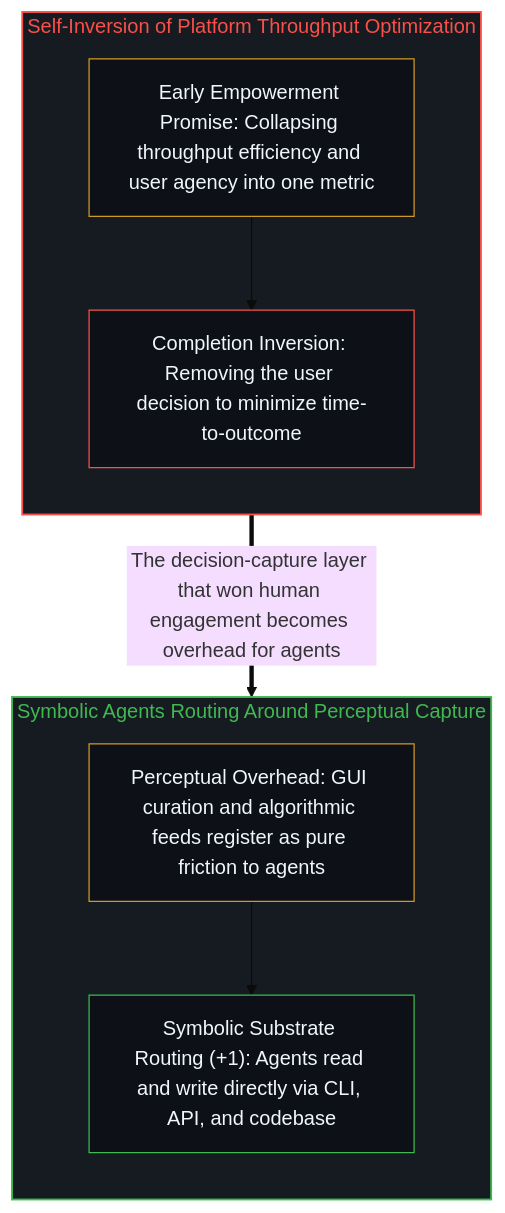
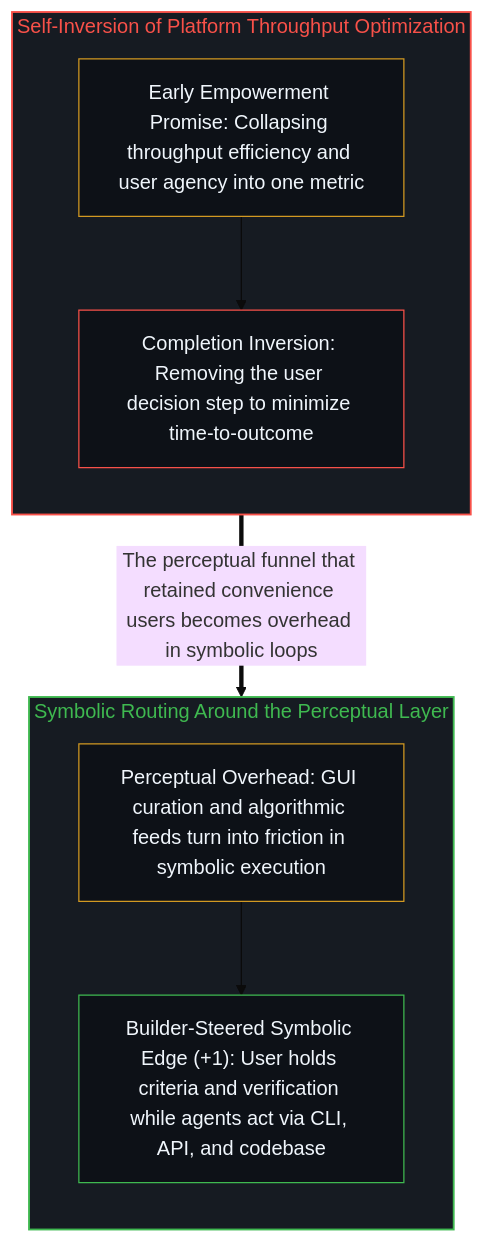
Before and after one commit to powerpig99/not-a-toe: the second of 2 diagrams in content/posts/platform-decision-capture.md, drawn with Mermaid (base theme). The commit also changed other lines of this file and 7 other files, not shown here.

````diff
--- a/content/posts/platform-decision-capture.md
+++ b/content/posts/platform-decision-capture.md
@@ -42,22 +42,22 @@
 ```mermaid
 flowchart TD
     subgraph S_Capture["Self-Inversion of Platform Throughput Optimization"]
         direction TB
         Promise["Early Empowerment Promise: Collapsing throughput efficiency and user agency into one metric"]
-        Replace["Completion Inversion: Removing the user decision to minimize time-to-outcome"]
+        Replace["Completion Inversion: Removing the user decision step to minimize time-to-outcome"]
         Promise --> Replace
     end
-    subgraph S_Bypass["Symbolic Agents Routing Around Perceptual Capture"]
+    subgraph S_Bypass["Symbolic Routing Around the Perceptual Layer"]
         direction TB
-        Friction["Perceptual Overhead: GUI curation and algorithmic feeds register as pure friction to agents"]
-        Direct["Symbolic Substrate Routing (+1): Agents read and write directly via CLI, API, and codebase"]
+        Friction["Perceptual Overhead: GUI curation and algorithmic feeds turn into friction in symbolic execution"]
+        Direct["Builder-Steered Symbolic Edge (+1): User holds criteria and verification while agents act via CLI, API, and codebase"]
         Friction --> Direct
     end
-    Replace ==>|"The decision-capture layer that won human engagement becomes overhead for agents"| Friction
+    Replace ==>|"The perceptual funnel that retained convenience users becomes overhead in symbolic loops"| Friction
     style S_Capture fill:#161b22,stroke:#f85149,stroke-width:1.5px,color:#f85149
     style S_Bypass fill:#161b22,stroke:#3fb950,stroke-width:1.5px,color:#3fb950
     style Promise fill:#0d1117,stroke:#d29922,stroke-width:1px,color:#f0f6fc
     style Replace fill:#0d1117,stroke:#f85149,stroke-width:1px,color:#f0f6fc
     style Friction fill:#0d1117,stroke:#d29922,stroke-width:1px,color:#f0f6fc
     style Direct fill:#0d1117,stroke:#3fb950,stroke-width:1px,color:#f0f6fc
 ```
````
